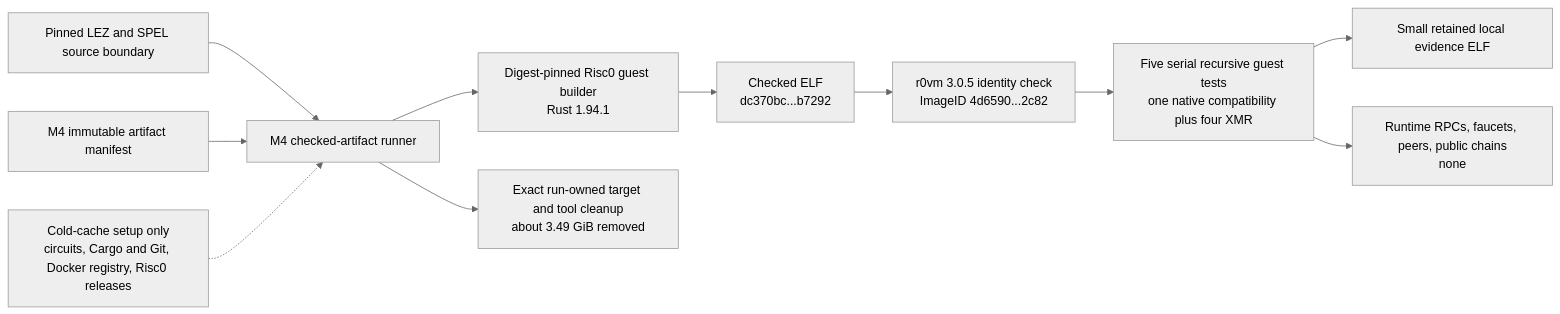
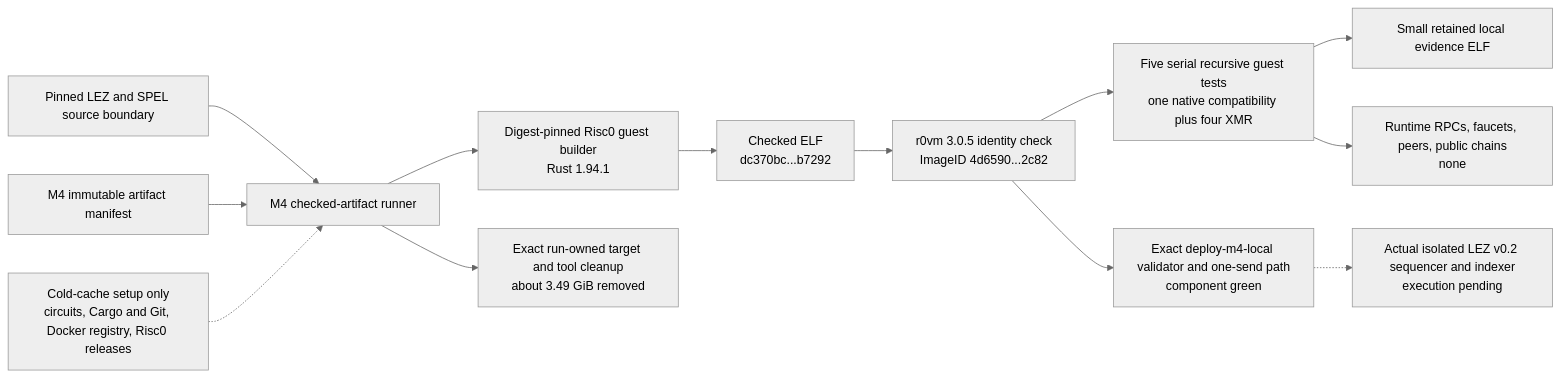
Before and after one commit to gateway-fm/lez-atomic-swaps: the second of 12 diagrams in docs/architecture/deployment-components-and-rpcs.md, drawn with Mermaid (neutral theme). The commit also changed other lines of this file and 9 other files, not shown here.

Commit message:
docs(m4): synchronize deployment and tag15 flows

````diff
--- a/docs/architecture/deployment-components-and-rpcs.md
+++ b/docs/architecture/deployment-components-and-rpcs.md
@@ -140,13 +140,15 @@
 ```mermaid
 flowchart LR
     Source["Pinned LEZ and SPEL source boundary"] --> Runner["M4 checked-artifact runner"]
     Manifest["M4 immutable artifact manifest"] --> Runner
     Cold["Cold-cache setup only<br/>circuits, Cargo and Git, Docker registry, Risc0 releases"] -.-> Runner
     Runner --> Builder["Digest-pinned Risc0 guest builder<br/>Rust 1.94.1"]
     Builder --> Elf["Checked ELF<br/>dc370bc...b7292"]
     Elf --> Identity["r0vm 3.0.5 identity check<br/>ImageID 4d6590...2c82"]
     Identity --> Recursive["Five serial recursive guest tests<br/>one native compatibility plus four XMR"]
+    Identity --> Deployer["Exact deploy-m4-local validator and one-send path<br/>component green"]
+    Deployer -.-> LocalStack["Actual isolated LEZ v0.2 sequencer and indexer<br/>execution pending"]
     Recursive --> Evidence["Small retained local evidence ELF"]
     Recursive --> RuntimeBoundary["Runtime RPCs, faucets, peers, public chains<br/>none"]
     Runner --> Cleanup["Exact run-owned target and tool cleanup<br/>about 3.49 GiB removed"]
 ```
````
